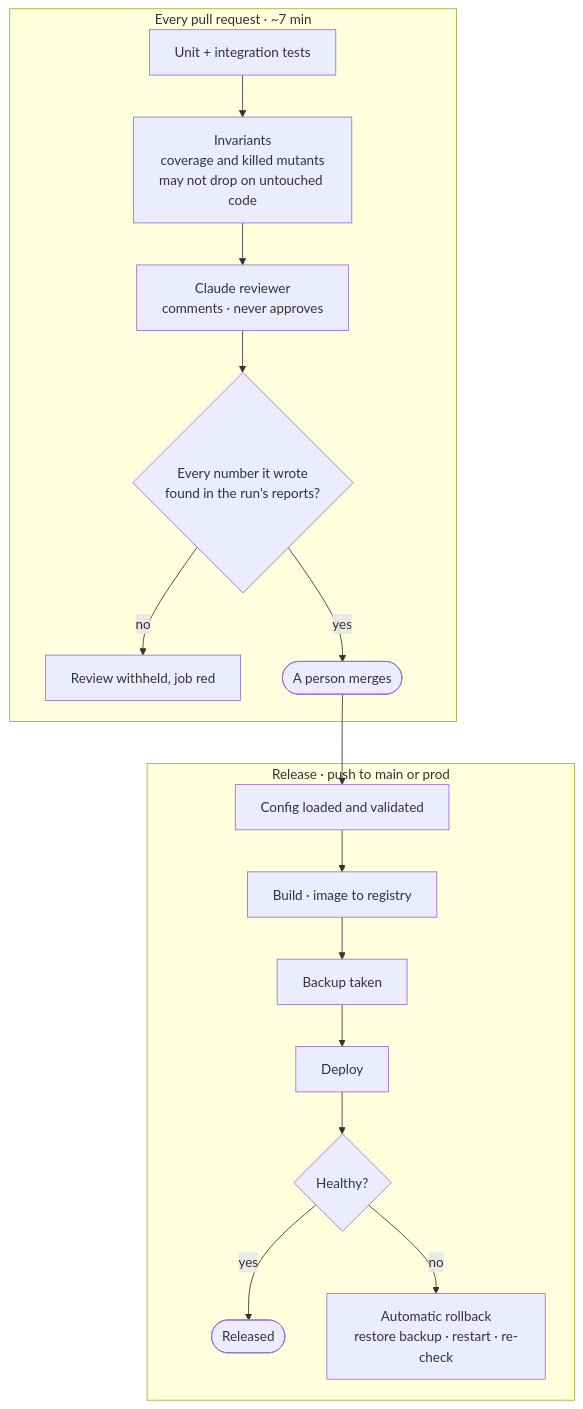
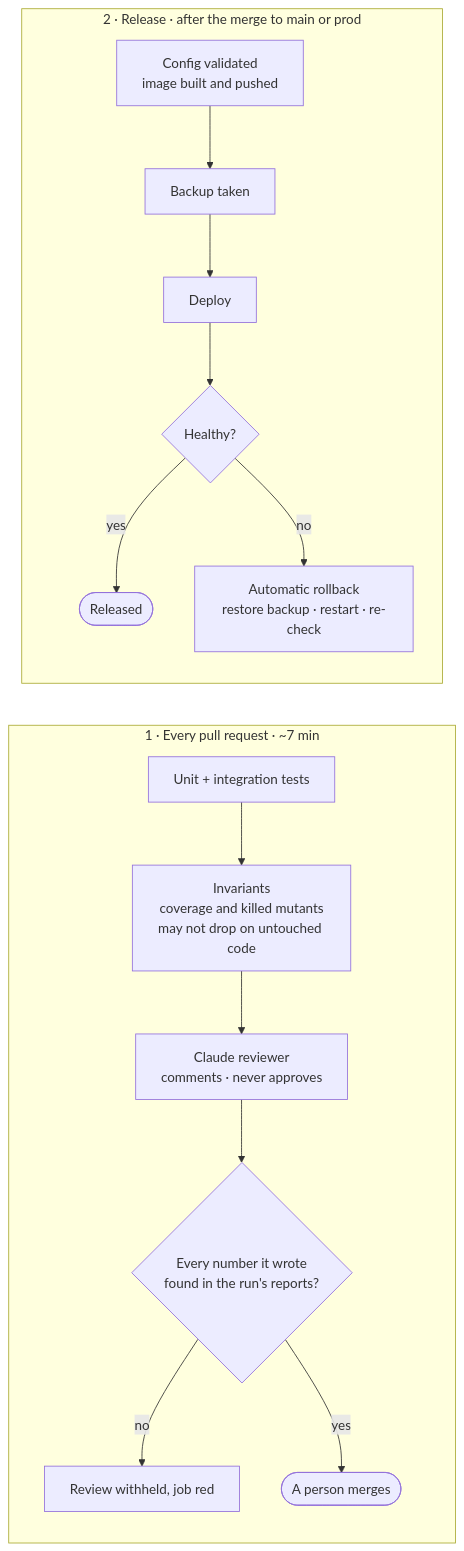
The diagram in docs/guide/cicd.md (Check-It-Out-Dev/checkitout-backend), drawn with Mermaid before and after one commit. The commit also changed 1 other file, not shown here.

Commit message:
The pipelines diagram is two columns, and the trial labels no longer overlap
Stacked top-down the two pipelines made one chart 1,800 pixels tall.
They are side by side now, each drawn downwards, with no edge between
them: one crossing edge makes Mermaid drop the direction of both boxes.

````diff
--- a/docs/guide/cicd.md
+++ b/docs/guide/cicd.md
@@ -8,21 +8,20 @@
 ```mermaid
-flowchart TB
-    subgraph PR["Every pull request · ~7 min"]
+flowchart LR
+    subgraph PR["1 · Every pull request · ~7 min"]
+        direction TB
         U["Unit + integration tests"] --> INV["Invariants<br/>coverage and killed mutants<br/>may not drop on untouched code"]
         INV --> REV["Claude reviewer<br/>comments · never approves"]
         REV --> I5{"Every number it wrote<br/>found in the run's reports?"}
         I5 -->|"no"| HOLD["Review withheld, job red"]
         I5 -->|"yes"| HUMAN(["A person merges"])
     end
 
-    subgraph REL["Release · push to main or prod"]
-        CFG["Config loaded and validated"] --> BLD["Build · image to registry"]
-        BLD --> BAK["Backup taken"]
+    subgraph REL["2 · Release · after the merge to main or prod"]
+        direction TB
+        CFG["Config validated<br/>image built and pushed"] --> BAK["Backup taken"]
         BAK --> DEP["Deploy"]
         DEP --> HC{"Healthy?"}
         HC -->|"yes"| DONE(["Released"])
         HC -->|"no"| RB["Automatic rollback<br/>restore backup · restart · re-check"]
     end
-
-    HUMAN --> CFG
 ```
````
